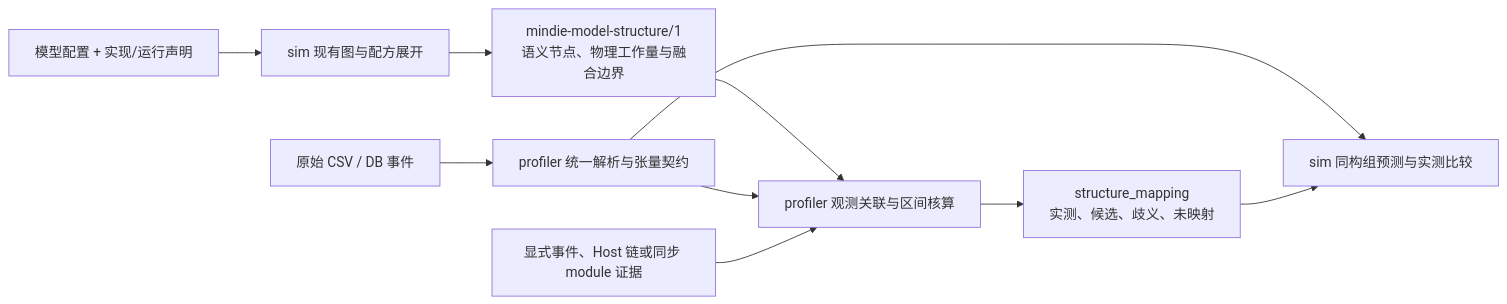
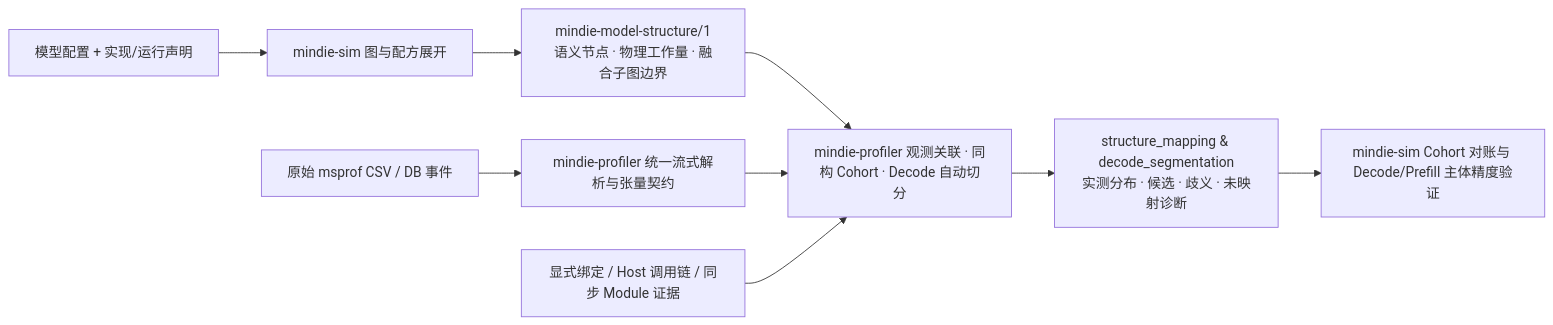
Before and after one commit to mindie-agent/mindie-agent: the diagram in docs/profiler-sim-structure.md, drawn with Mermaid. The commit also changed other lines of this file and 35 other files, not shown here.

````diff
--- a/docs/profiler-sim-structure.md
+++ b/docs/profiler-sim-structure.md
@@ -146,12 +15,11 @@
 ```mermaid
 flowchart LR
-    C["模型配置 + 实现/运行声明"] --> S["sim 现有图与配方展开"]
-    S --> M["mindie-model-structure/1<br/>语义节点、物理工作量与融合边界"]
-    R["原始 CSV / DB 事件"] --> P["profiler 统一解析与张量契约"]
-    M --> A["profiler 观测关联与区间核算"]
+    C["模型配置 + 实现/运行声明"] --> S["mindie-sim 图与配方展开"]
+    S --> M["mindie-model-structure/1<br/>语义节点 · 物理工作量 · 融合子图边界"]
+    R["原始 msprof CSV / DB 事件"] --> P["mindie-profiler 统一流式解析与张量契约"]
+    M --> A["mindie-profiler 观测关联 · 同构 Cohort · Decode 自动切分"]
     P --> A
-    B["显式事件、Host 链或同步 module 证据"] --> A
-    A --> O["structure_mapping<br/>实测、候选、歧义、未映射"]
-    P --> V["sim 现有独立算子比较"]
-    O --> V["sim 同构组预测与实测比较"]
+    B["显式绑定 / Host 调用链 / 同步 Module 证据"] --> A
+    A --> O["structure_mapping & decode_segmentation<br/>实测分布 · 候选 · 歧义 · 未映射诊断"]
+    O --> V["mindie-sim Cohort 对账与 Decode/Prefill 主体精度验证"]
 ```
````
